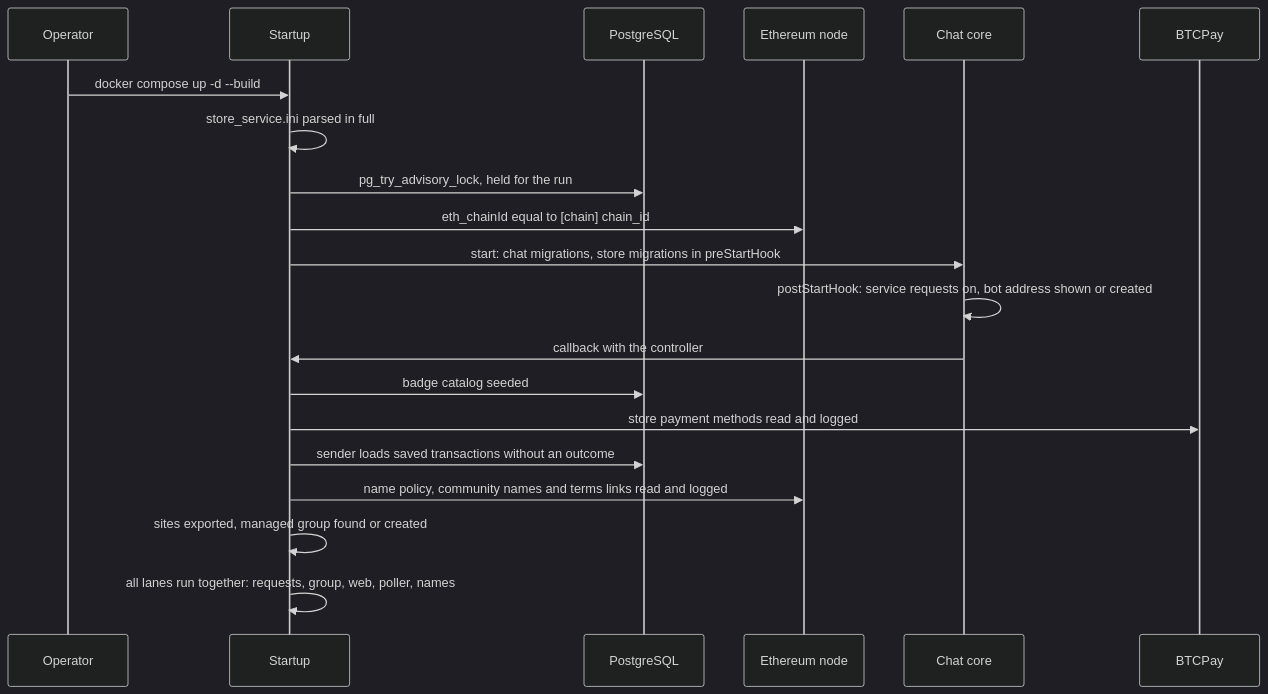
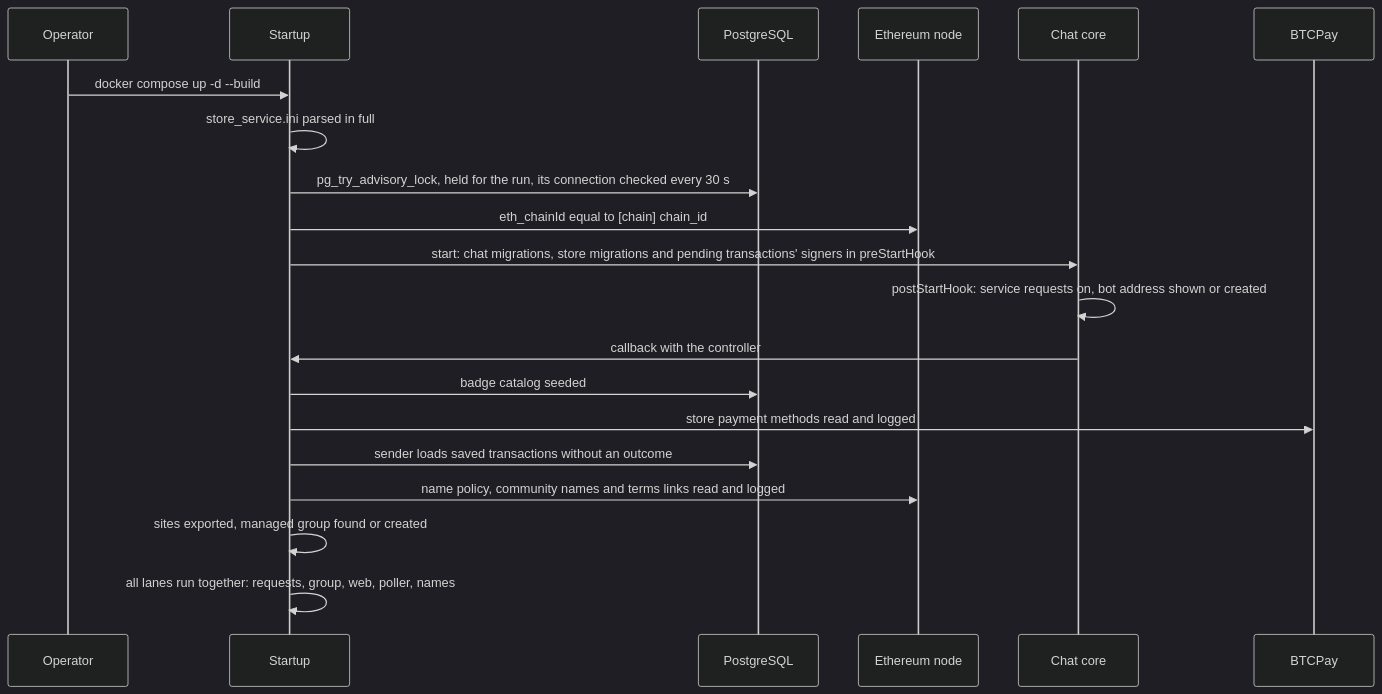
One commit to simplex-chat/simplex-chat changed diagram 13 of 13 in apps/simplex-store-service/docs/names.md. Above: the diagram before and after it, drawn with Mermaid (dark theme). The commit also changed other lines of this file and 1 other file, not shown here.

Commit message:
store: document start refusals, stuck pending rows and the fee bound

````diff
--- a/apps/simplex-store-service/docs/names.md
+++ b/apps/simplex-store-service/docs/names.md
@@ -562,22 +562,22 @@
 ```mermaid
 sequenceDiagram
   participant O as Operator
   participant U as Startup
   participant D as PostgreSQL
   participant E as Ethereum node
   participant C as Chat core
   participant V as BTCPay
   O->>U: docker compose up -d --build
   U->>U: store_service.ini parsed in full
-  U->>D: pg_try_advisory_lock, held for the run
+  U->>D: pg_try_advisory_lock, held for the run, its connection checked every 30 s
   U->>E: eth_chainId equal to [chain] chain_id
-  U->>C: start: chat migrations, store migrations in preStartHook
+  U->>C: start: chat migrations, store migrations and pending transactions' signers in preStartHook
   C->>C: postStartHook: service requests on, bot address shown or created
   C->>U: callback with the controller
   U->>D: badge catalog seeded
   U->>V: store payment methods read and logged
   U->>D: sender loads saved transactions without an outcome
   U->>E: name policy, community names and terms links read and logged
   U->>U: sites exported, managed group found or created
   U->>U: all lanes run together: requests, group, web, poller, names
 ```
````
